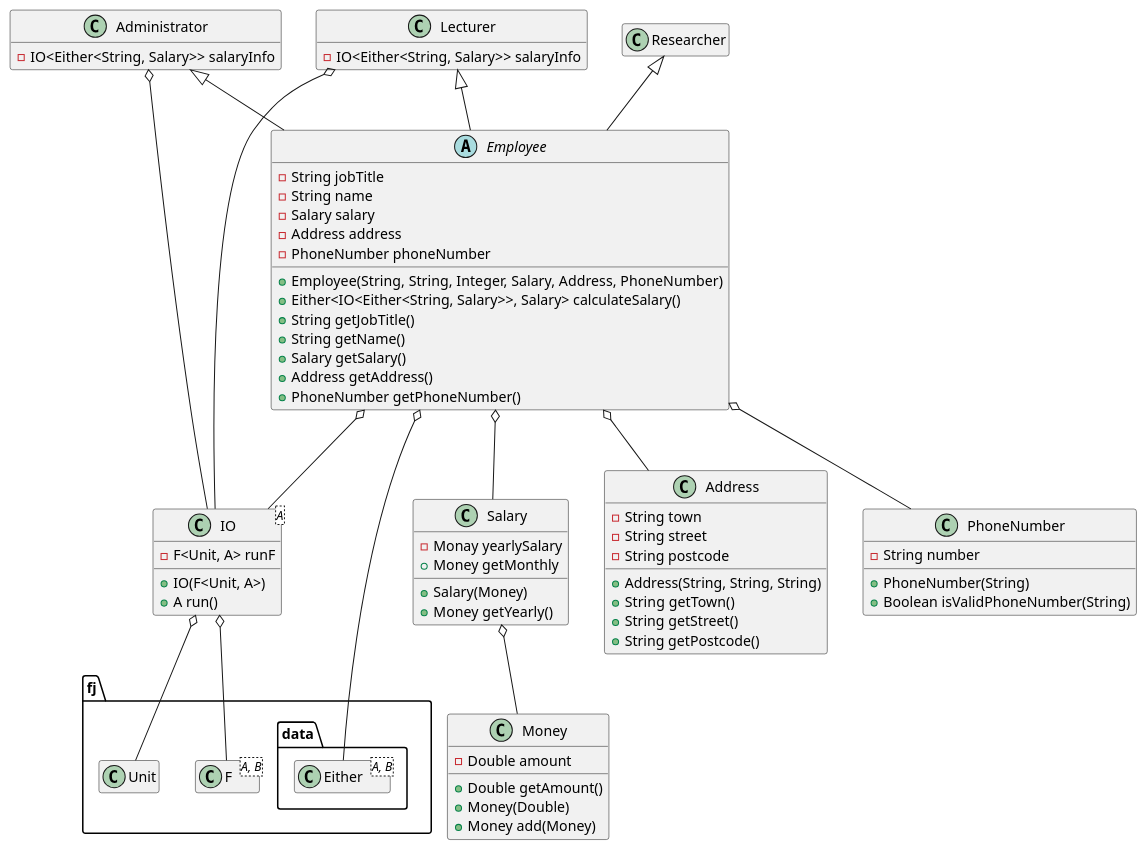
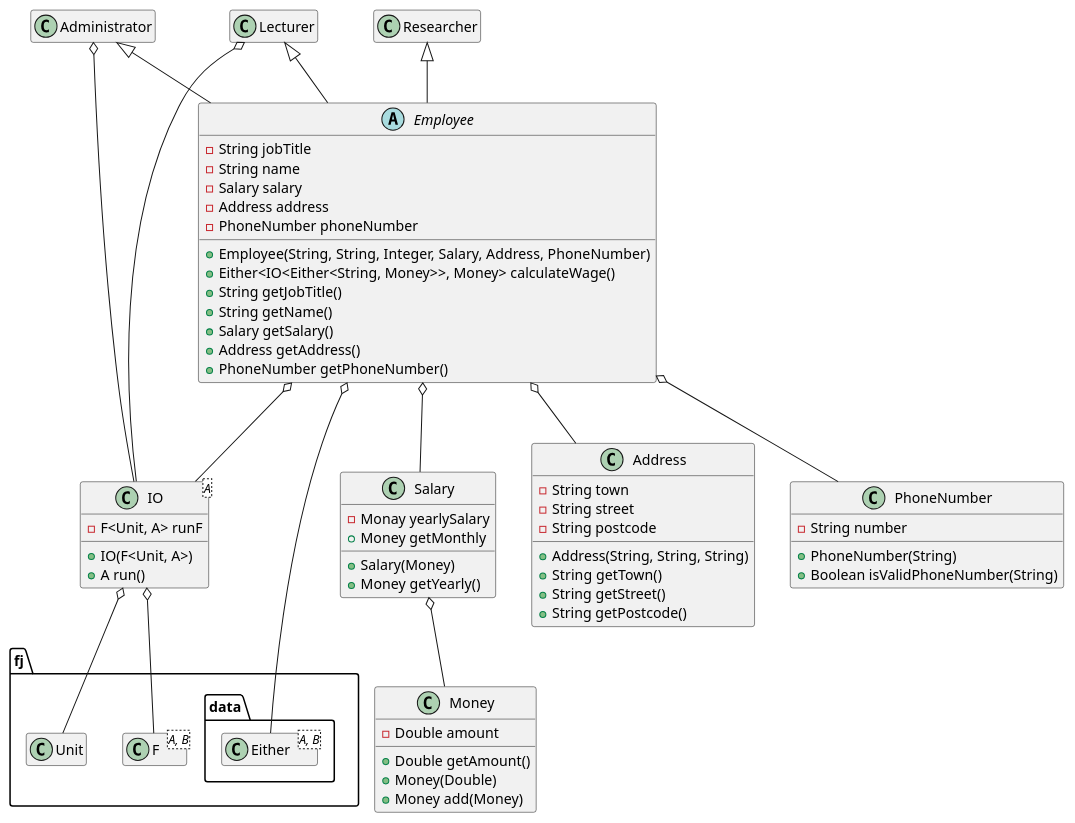
Before and after one commit to Fuuzetsu/cm20215-cwk2: the diagram in uml.plantuml, drawn with PlantUML.

Commit message:
Don't store the calculation functions

```diff
--- a/uml.plantuml
+++ b/uml.plantuml
@@ -1,104 +1,102 @@
 @startuml
 
 Employee o-- fj.data.Either
 Employee o-- IO
 Employee o-- Salary
 Employee o-- Address
 Employee o-- PhoneNumber
 
 IO o-- fj.F
 IO o-- fj.Unit
 
 Salary o-- Money
 
 Researcher <|-- Employee
 Administrator <|-- Employee
 Administrator o-- IO
 Lecturer <|-- Employee
 Lecturer o-- IO
 
 
 namespace fj {
 
           class F<A, B> {
           }
 
           class Unit {
           }
 }
 
 namespace fj.data {
 
           class Either<A, B> {
           }
 
 }
 
 abstract class Employee {
       -String jobTitle
       -String name
       -Salary salary
       -Address address
       -PhoneNumber phoneNumber
       +Employee(String, String, Integer, Salary, Address, PhoneNumber)
-      +Either<IO<Either<String, Salary>>, Salary> calculateSalary()
+      +Either<IO<Either<String, Money>>, Money> calculateWage()
       +String getJobTitle()
       +String getName()
       +Salary getSalary()
       +Address getAddress()
       +PhoneNumber getPhoneNumber()
 }
 
 class Researcher {
 
 }
 
 class Administrator {
-      -IO<Either<String, Salary>> salaryInfo
 }
 
 class Lecturer {
-      -IO<Either<String, Salary>> salaryInfo
 }
 
 class IO<A> {
       -F<Unit, A> runF
       +IO(F<Unit, A>)
       +A run()
 }
 
 class Salary {
       -Monay yearlySalary
       +Salary(Money)
       +Money getYearly()
       +Money getMonthly
 }
 
 class Money {
       -Double amount
       +Double getAmount()
       +Money(Double)
       +Money add(Money)
 }
 
 class Address {
       -String town
       -String street
       -String postcode
       +Address(String, String, String)
       +String getTown()
       +String getStreet()
       +String getPostcode()
 }
 
 class PhoneNumber {
       -String number
       +PhoneNumber(String)
       +Boolean isValidPhoneNumber(String)
 }
 
 
 hide empty members
 hide empty methods
 
 @enduml
```
